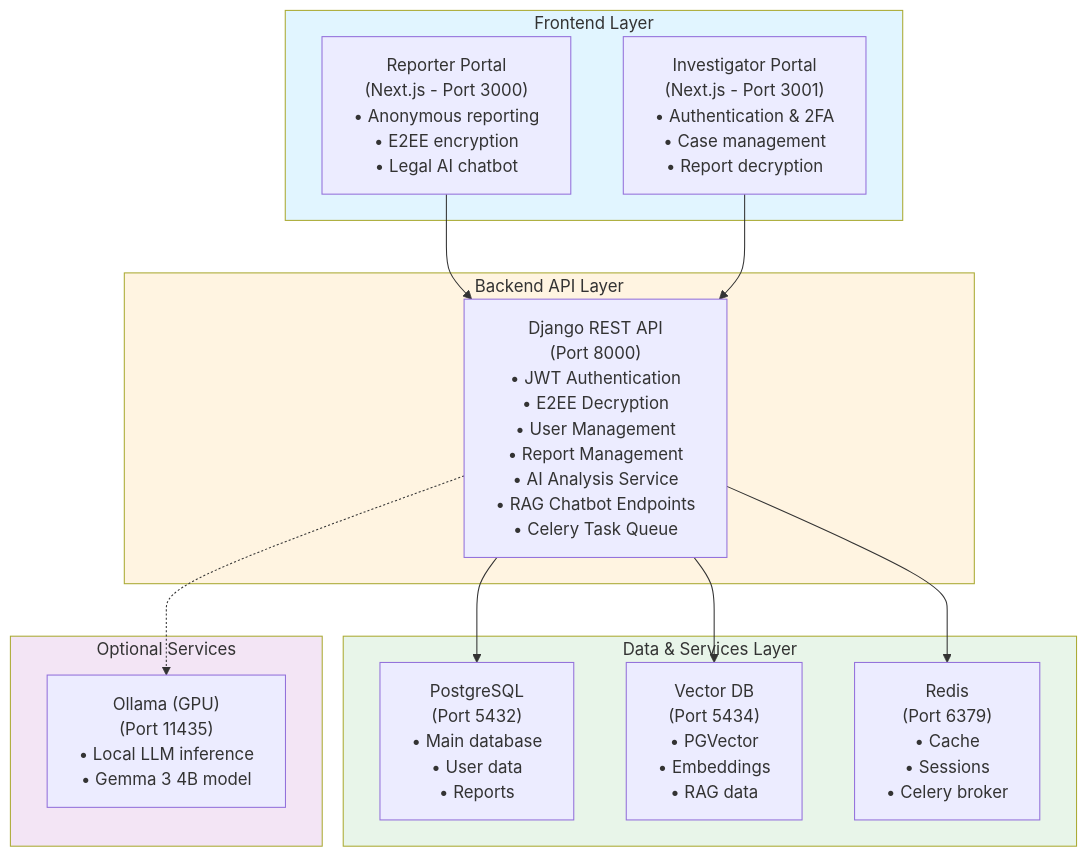
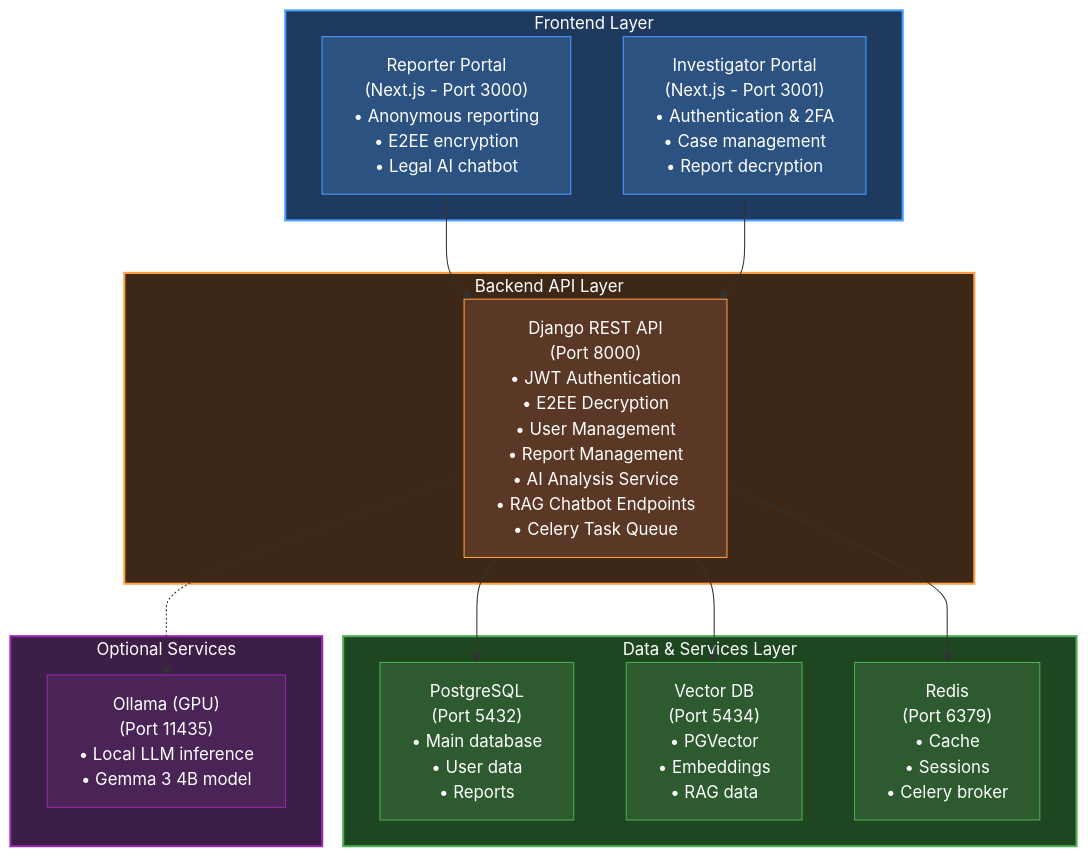
The diagram in README.md (ysif9/sirr), drawn with Mermaid before and after one commit.

Commit message:
style(docs): update flowchart styles in README
- Enhanced color schemes and stroke attributes for clarity
- Improved visual consistency across all sections of the flowchart

````diff
--- a/README.md
+++ b/README.md
@@ -77,33 +77,40 @@
 ```mermaid
 graph TB
     subgraph Frontend["Frontend Layer"]
         Reporter["Reporter Portal<br/>(Next.js - Port 3000)<br/>• Anonymous reporting<br/>• E2EE encryption<br/>• Legal AI chatbot"]
         Investigator["Investigator Portal<br/>(Next.js - Port 3001)<br/>• Authentication & 2FA<br/>• Case management<br/>• Report decryption"]
     end
 
     subgraph Backend["Backend API Layer"]
         API["Django REST API<br/>(Port 8000)<br/>• JWT Authentication<br/>• E2EE Decryption<br/>• User Management<br/>• Report Management<br/>• AI Analysis Service<br/>• RAG Chatbot Endpoints<br/>• Celery Task Queue"]
     end
 
     subgraph DataLayer["Data & Services Layer"]
         DB["PostgreSQL<br/>(Port 5432)<br/>• Main database<br/>• User data<br/>• Reports"]
         VectorDB["Vector DB<br/>(Port 5434)<br/>• PGVector<br/>• Embeddings<br/>• RAG data"]
         Redis["Redis<br/>(Port 6379)<br/>• Cache<br/>• Sessions<br/>• Celery broker"]
     end
 
     subgraph Optional["Optional Services"]
         Ollama["Ollama (GPU)<br/>(Port 11435)<br/>• Local LLM inference<br/>• Gemma 3 4B model"]
     end
 
     Reporter --> API
     Investigator --> API
     API --> DB
     API --> VectorDB
     API --> Redis
     API -.-> Ollama
 
-    style Frontend fill:#e1f5ff
-    style Backend fill:#fff4e1
-    style DataLayer fill:#e8f5e9
-    style Optional fill:#f3e5f5
+    style Frontend fill:#1e3a5f,stroke:#4a9eff,stroke-width:2px,color:#fff
+    style Backend fill:#3d2817,stroke:#ff9f43,stroke-width:2px,color:#fff
+    style DataLayer fill:#1e4620,stroke:#4caf50,stroke-width:2px,color:#fff
+    style Optional fill:#3d1e47,stroke:#9c27b0,stroke-width:2px,color:#fff
+    style Reporter fill:#2c5282,stroke:#4a9eff,color:#fff
+    style Investigator fill:#2c5282,stroke:#4a9eff,color:#fff
+    style API fill:#5a3825,stroke:#ff9f43,color:#fff
+    style DB fill:#2d5a2f,stroke:#4caf50,color:#fff
+    style VectorDB fill:#2d5a2f,stroke:#4caf50,color:#fff
+    style Redis fill:#2d5a2f,stroke:#4caf50,color:#fff
+    style Ollama fill:#4a2456,stroke:#9c27b0,color:#fff
 ```
````
